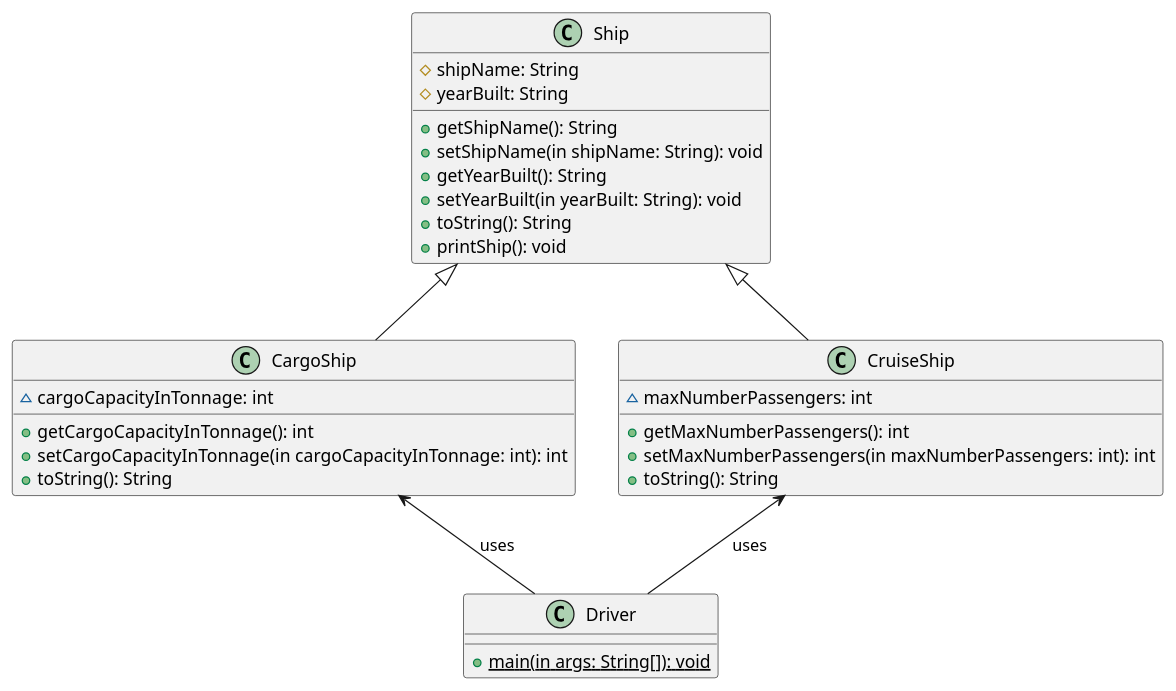
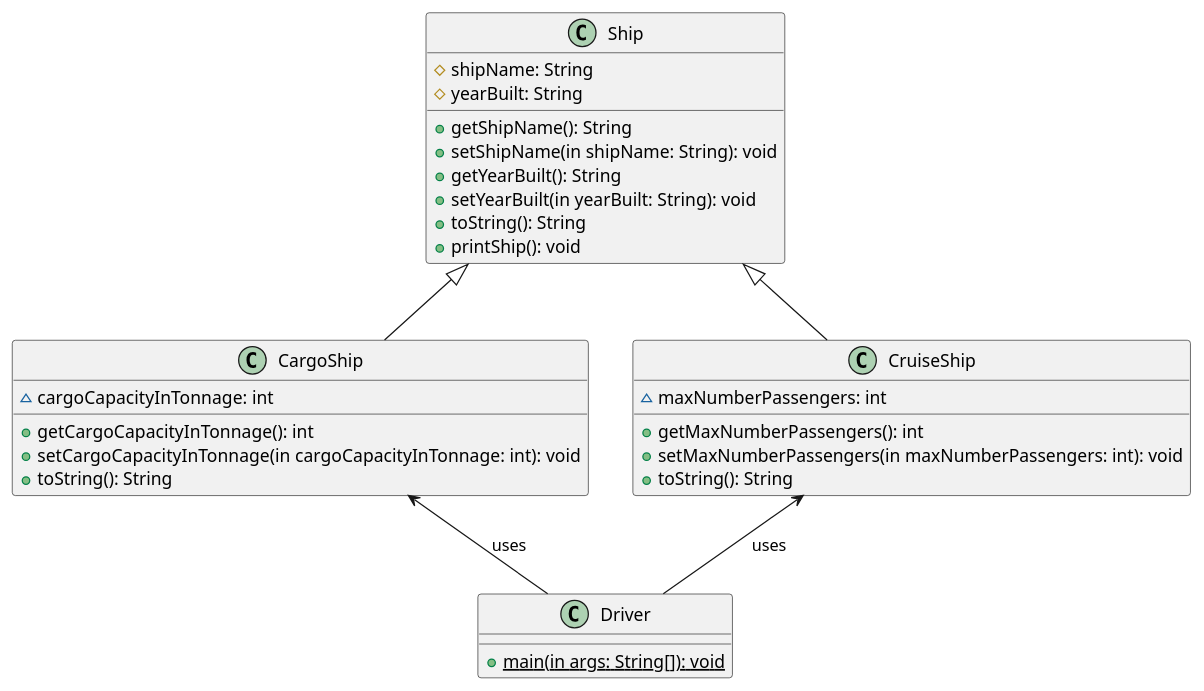
Before and after one commit to Simon-D-Nguyen/CS-4800HW3: the diagram in ClassDiagrams/Polymorphism.puml, drawn with PlantUML.

Commit message:
Fixed set methods in Polymorphism.puml

```diff
--- a/ClassDiagrams/Polymorphism.puml
+++ b/ClassDiagrams/Polymorphism.puml
@@ -1,44 +1,44 @@
 @startuml
 'https://plantuml.com/class-diagram
 
 class Ship {
 # shipName: String
 # yearBuilt: String
 
 + getShipName(): String
 + setShipName(in shipName: String): void
 + getYearBuilt(): String
 + setYearBuilt(in yearBuilt: String): void
 + toString(): String
 + printShip(): void
 }
 
 
 class CargoShip {
 ~ cargoCapacityInTonnage: int
 
 + getCargoCapacityInTonnage(): int
-+ setCargoCapacityInTonnage(in cargoCapacityInTonnage: int): int
++ setCargoCapacityInTonnage(in cargoCapacityInTonnage: int): void
 + toString(): String
 }
 
 class CruiseShip {
 ~ maxNumberPassengers: int
 
 + getMaxNumberPassengers(): int
-+ setMaxNumberPassengers(in maxNumberPassengers: int): int
++ setMaxNumberPassengers(in maxNumberPassengers: int): void
 + toString(): String
 }
 
 Ship <|-- CargoShip
 Ship <|-- CruiseShip
 
 
 class Driver {
 + {static} main(in args: String[]): void
 }
 
 CargoShip <-- Driver : uses
 CruiseShip <-- Driver: uses
 
 @enduml
```
